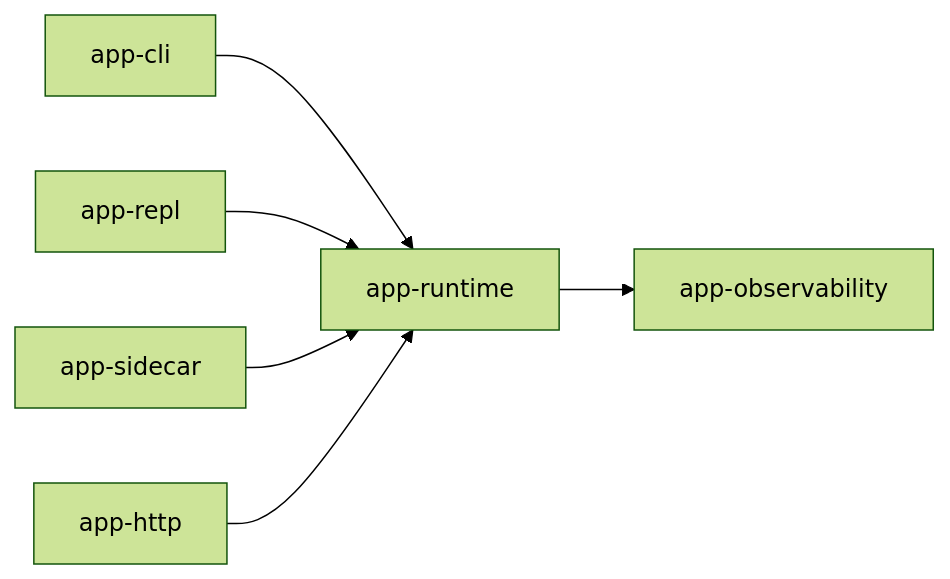
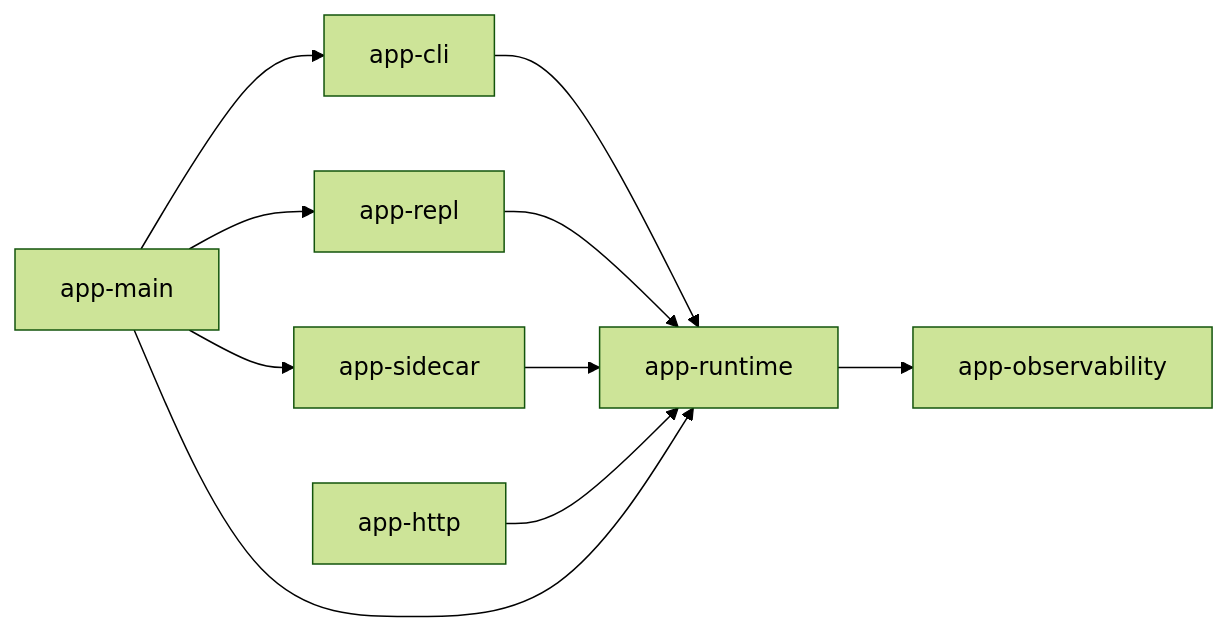
One commit to devx-micro/devx-micro changed the first of 2 diagrams in docs/architecture.md. Above: the diagram before and after it, drawn with Mermaid (forest theme). The commit also changed 5 other files, not shown here.

First line of the commit message:
fix(app-main): address QA findings on the entry-point runner

````diff
--- a/docs/architecture.md
+++ b/docs/architecture.md
@@ -6,8 +6,12 @@
 ```mermaid
 flowchart LR
   cli[app-cli] --> runtime[app-runtime]
   repl[app-repl] --> runtime
   sidecar[app-sidecar] --> runtime
   http[app-http] --> runtime
   runtime --> obs[app-observability]
+  main[app-main] --> cli
+  main --> repl
+  main --> sidecar
+  main --> runtime
 ```
````
